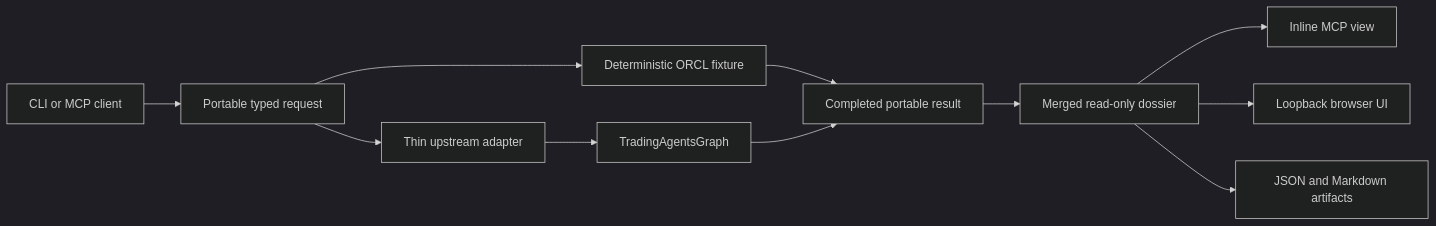
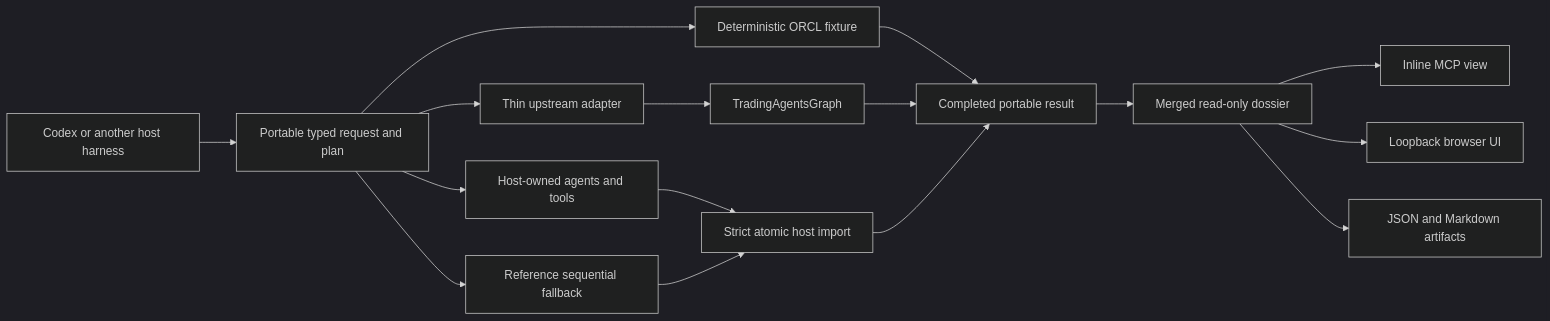
The diagram in docs/ARCHITECTURE.md (harshitagarwal2/StockResearchAgents), drawn with Mermaid (dark theme) before and after one commit. The commit also changed other lines of this file and 37 other files, not shown here.

Commit message:
feat_tradingagents_portable_host_native

````diff
--- a/docs/ARCHITECTURE.md
+++ b/docs/ARCHITECTURE.md
@@ -32,13 +34,18 @@
 ```mermaid
 flowchart LR
-    H["CLI or MCP client"] --> P["Portable typed request"]
+    H["Codex or another host harness"] --> P["Portable typed request and plan"]
+    P --> N["Host-owned agents and tools"]
+    P --> S["Reference sequential fallback"]
     P --> F["Deterministic ORCL fixture"]
     P --> A["Thin upstream adapter"]
     A --> G["TradingAgentsGraph"]
+    N --> I["Strict atomic host import"]
+    S --> I
     F --> C["Completed portable result"]
     G --> C
+    I --> C
     C --> V["Merged read-only dossier"]
     V --> E["Inline MCP view"]
     V --> B["Loopback browser UI"]
     V --> T["JSON and Markdown artifacts"]
 ```
````
